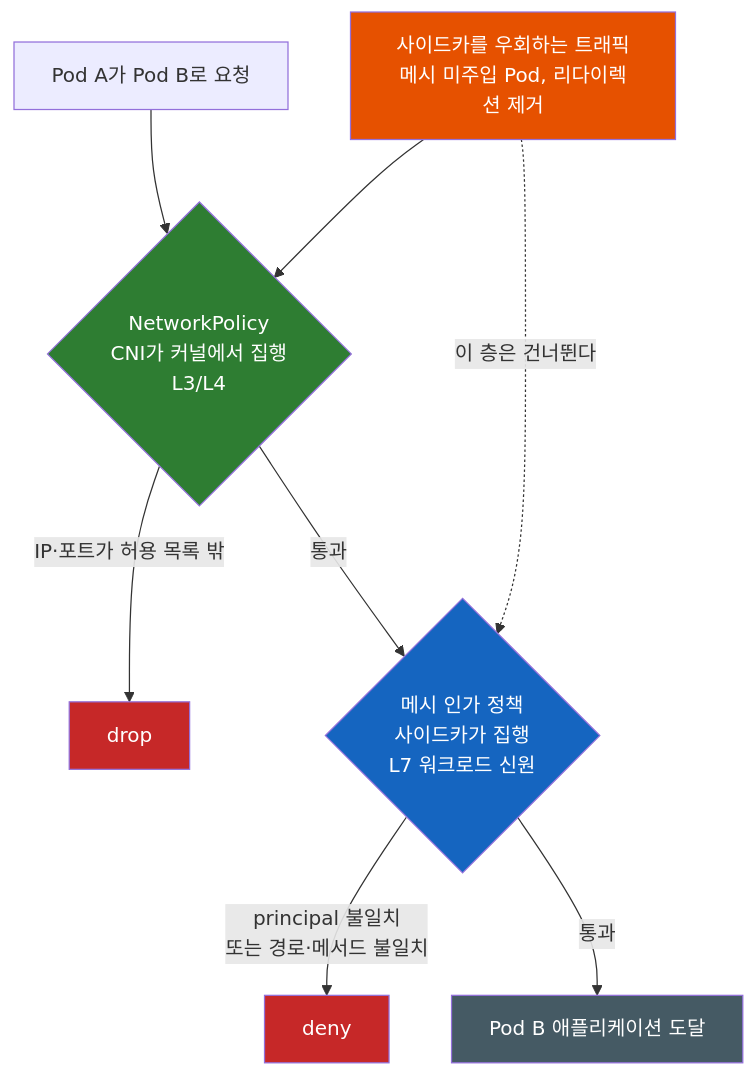
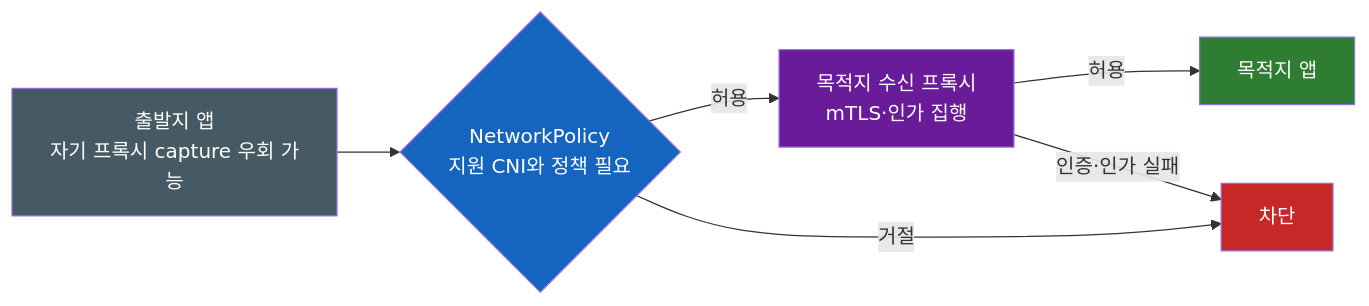
Before and after one commit to sskim91/TIL: the third of 3 diagrams in kubernetes/Kubernetes-Service-Mesh.md, drawn with Mermaid. The commit also changed other lines of this file and 39 other files, not shown here.

````diff
--- a/kubernetes/Kubernetes-Service-Mesh.md
+++ b/kubernetes/Kubernetes-Service-Mesh.md
@@ -283,23 +305,13 @@
 ```mermaid
-flowchart TB
-    req["Pod A가 Pod B로 요청"]
-    bypass["사이드카를 우회하는 트래픽<br>메시 미주입 Pod, 리다이렉션 제거"]
-
-    req --> np{"NetworkPolicy<br>CNI가 커널에서 집행<br>L3/L4"}
-    bypass --> np
-
-    np -->|"IP·포트가 허용 목록 밖"| d1["drop"]
-    np -->|"통과"| az{"메시 인가 정책<br>사이드카가 집행<br>L7 워크로드 신원"}
-
-    bypass -.->|"이 층은 건너뛴다"| az
-
-    az -->|"principal 불일치<br>또는 경로·메서드 불일치"| d2["deny"]
-    az -->|"통과"| ok["Pod B 애플리케이션 도달"]
-
-    style np fill:#2E7D32,color:#fff
-    style az fill:#1565C0,color:#fff
-    style d1 fill:#C62828,color:#fff
-    style d2 fill:#C62828,color:#fff
-    style ok fill:#455A64,color:#fff
-    style bypass fill:#E65100,color:#fff
+flowchart LR
+    A[출발지 앱<br>자기 프록시 capture 우회 가능] --> N{NetworkPolicy<br>지원 CNI와 정책 필요}
+    N -->|허용| B[목적지 수신 프록시<br>mTLS·인가 집행]
+    B -->|허용| C[목적지 앱]
+    N -->|거절| D[차단]
+    B -->|인증·인가 실패| D
+    style A fill:#455A64,color:#fff
+    style N fill:#1565C0,color:#fff
+    style B fill:#6A1B9A,color:#fff
+    style C fill:#2E7D32,color:#fff
+    style D fill:#C62828,color:#fff
 ```
````
